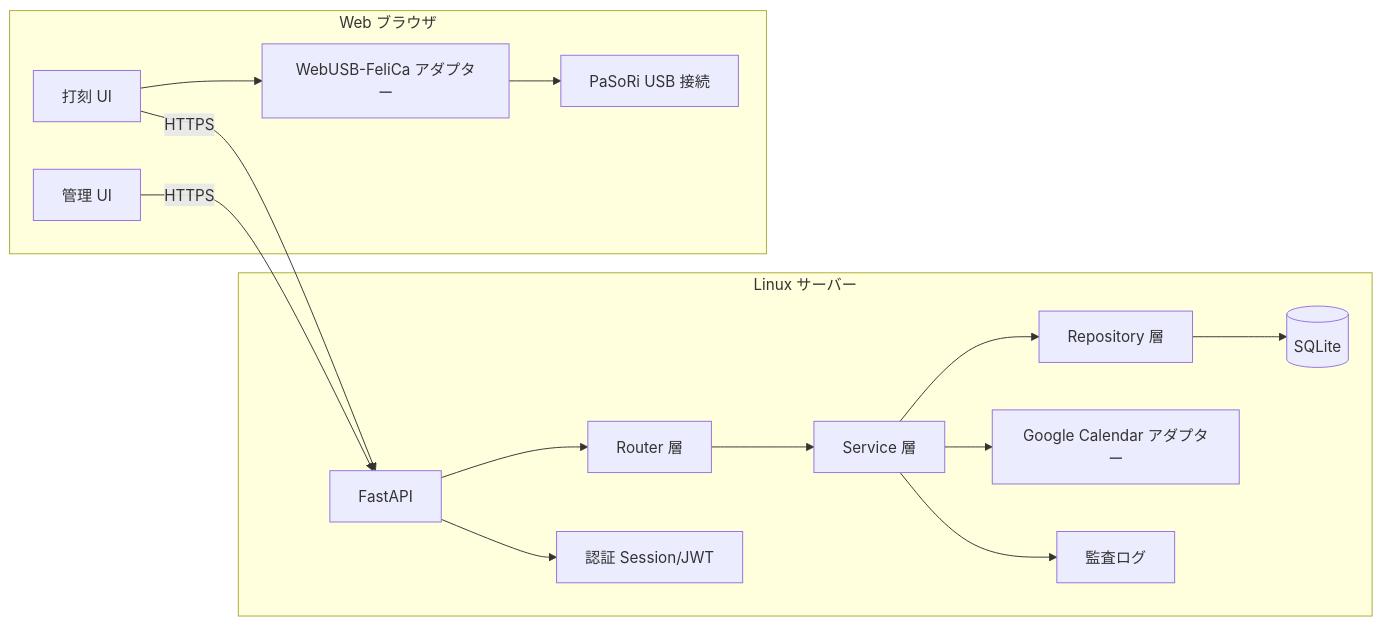
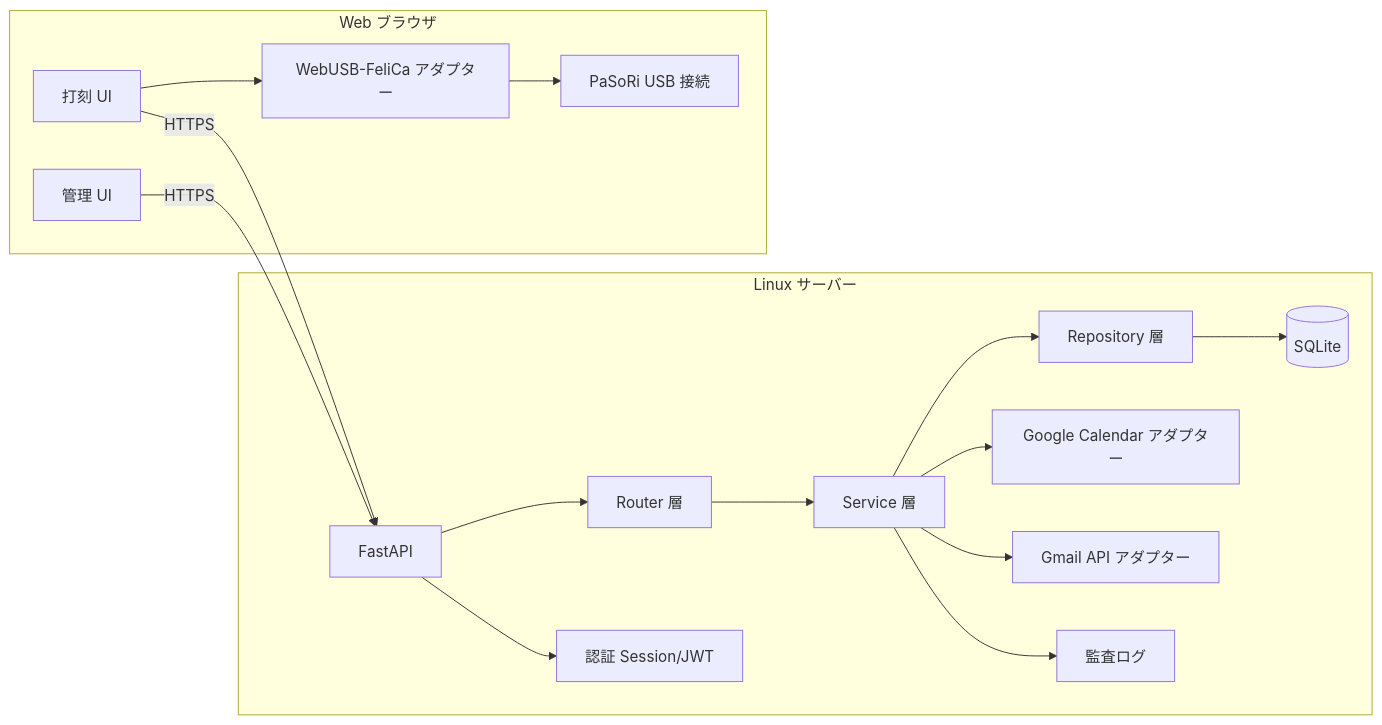
One commit to tukumanalab/kint changed the first of 4 diagrams in docs/architecture.md. Above: the diagram before and after it, drawn with Mermaid. The commit also changed other lines of this file and 5 other files, not shown here.

````diff
--- a/docs/architecture.md
+++ b/docs/architecture.md
@@ -10,29 +10,31 @@
 ```mermaid
 flowchart LR
   subgraph Server[Linux サーバー]
     API[FastAPI]
     Router[Router 層]
     Service[Service 層]
     Repo[Repository 層]
     DB[(SQLite)]
     Calendar[Google Calendar アダプター]
+    Mail[Gmail API アダプター]
     Auth[認証 Session/JWT]
     Audit[監査ログ]
   end
 
   subgraph Browser[Web ブラウザ]
     PunchUI[打刻 UI]
     AdminUI[管理 UI]
     USB[WebUSB-FeliCa アダプター]
     Reader[PaSoRi USB 接続]
   end
 
   PunchUI --> USB --> Reader
   PunchUI -->|HTTPS| API
   AdminUI -->|HTTPS| API
 
   API --> Router --> Service --> Repo --> DB
   Service --> Calendar
+  Service --> Mail
   API --> Auth
   Service --> Audit
 ```
````
